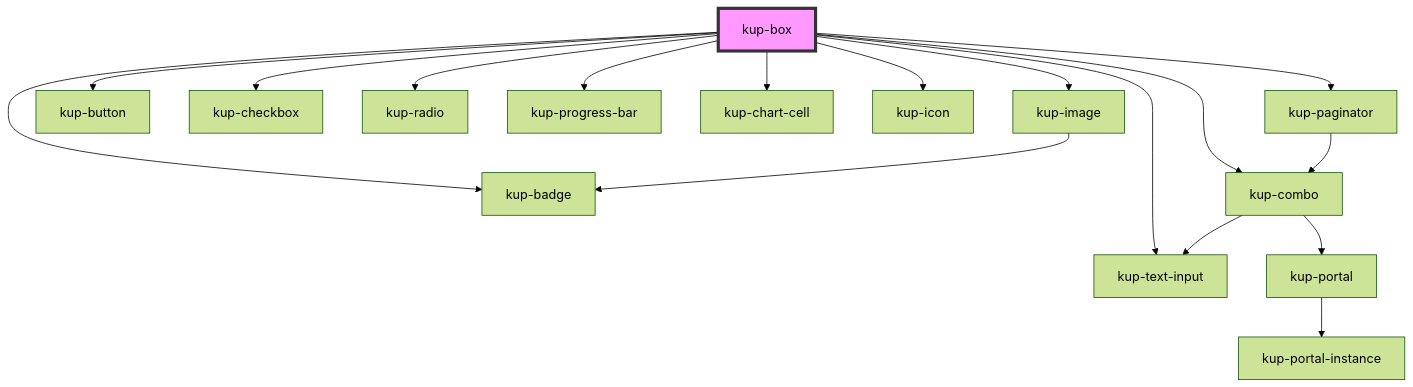
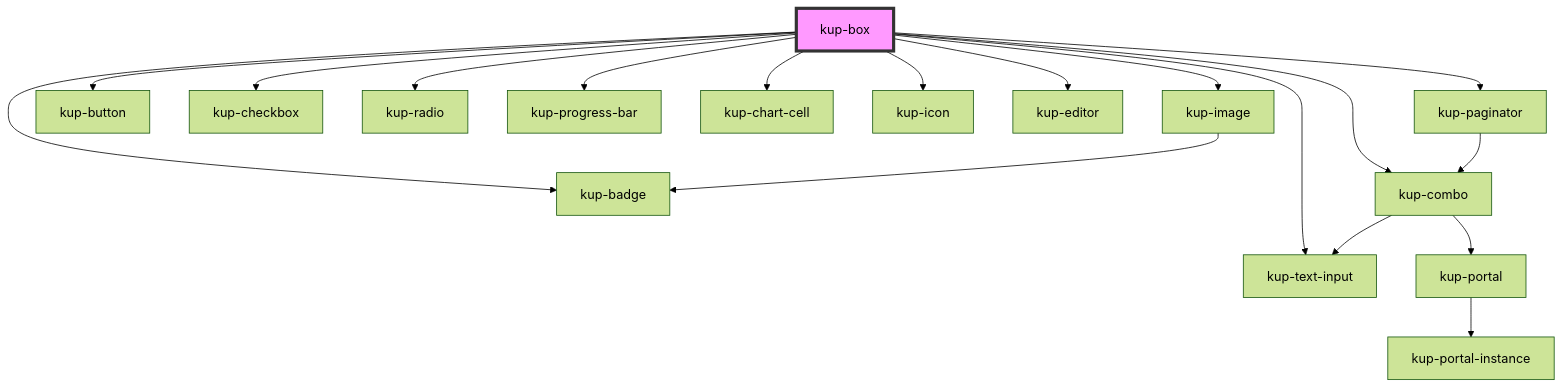
One commit to smeup/ketchup changed the diagram in packages/ketchup/src/components/kup-box/readme.md. Above: the diagram before and after it, drawn with Mermaid (forest theme). The commit also changed other lines of this file and 9 other files, not shown here.

Commit message:
added kup editor

````diff
--- a/packages/ketchup/src/components/kup-box/readme.md
+++ b/packages/ketchup/src/components/kup-box/readme.md
@@ -92,20 +93,21 @@
 ```mermaid
 graph TD;
   kup-box --> kup-badge
   kup-box --> kup-image
   kup-box --> kup-button
   kup-box --> kup-checkbox
   kup-box --> kup-radio
   kup-box --> kup-text-input
   kup-box --> kup-progress-bar
   kup-box --> kup-chart-cell
   kup-box --> kup-icon
+  kup-box --> kup-editor
   kup-box --> kup-combo
   kup-box --> kup-paginator
   kup-image --> kup-badge
   kup-combo --> kup-text-input
   kup-combo --> kup-portal
   kup-portal --> kup-portal-instance
   kup-paginator --> kup-combo
   style kup-box fill:#f9f,stroke:#333,stroke-width:4px
 ```
````
